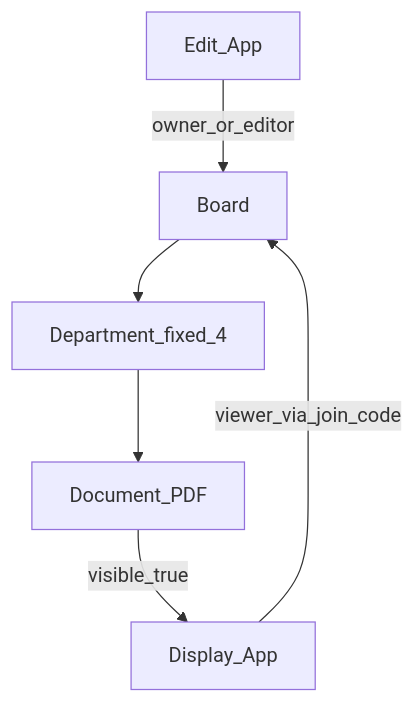
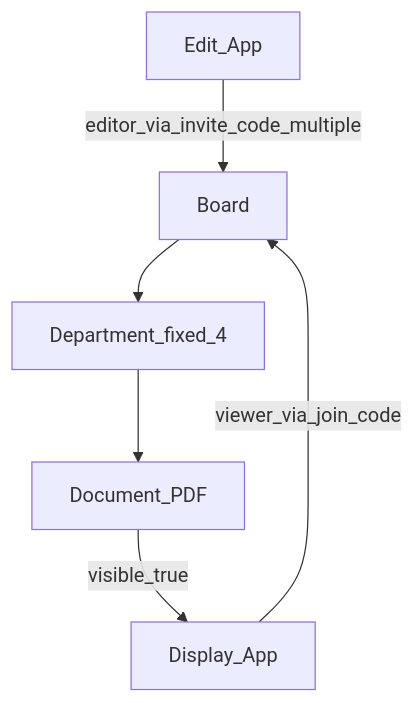
One commit to aiondeproid/whiteboard changed the diagram in 電子掲示板_MVP要件.md. Above: the diagram before and after it, drawn with Mermaid. The commit also changed other lines of this file and 9 other files, not shown here.

````diff
--- a/電子掲示板_MVP要件.md
+++ b/電子掲示板_MVP要件.md
@@ -37,11 +39,11 @@
 ```mermaid
 flowchart TD
   Board[Board]
   Dept[Department_fixed_4]
   Doc[Document_PDF]
   Board --> Dept
   Dept --> Doc
-  EditApp[Edit_App] -->|owner_or_editor| Board
+  EditApp[Edit_App] -->|editor_via_invite_code_multiple| Board
   DisplayApp[Display_App] -->|viewer_via_join_code| Board
   Doc -->|visible_true| DisplayApp
 ```
````
